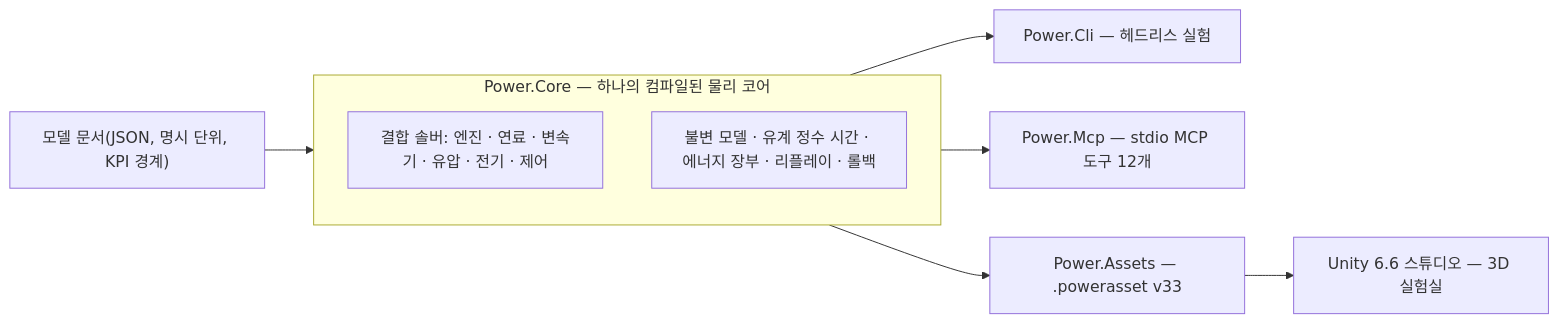
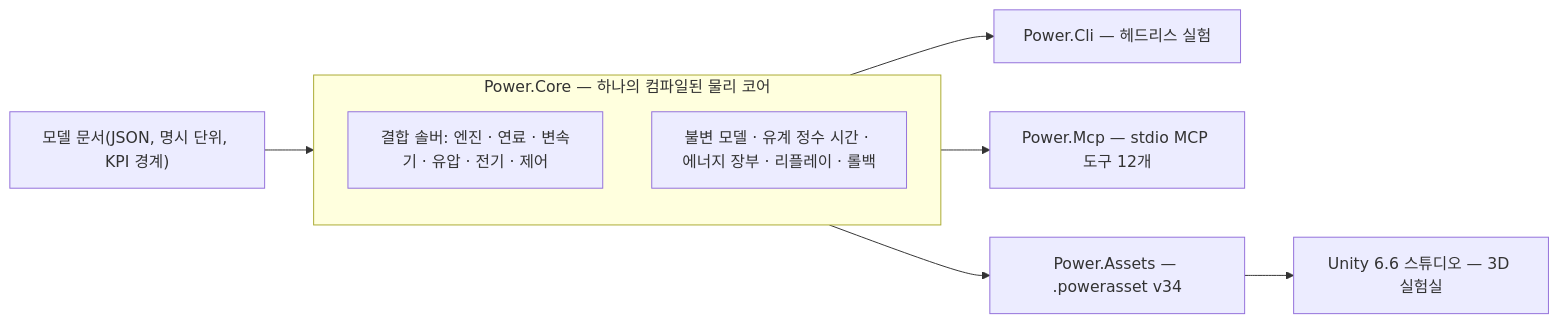
One commit to Water-Run/Power changed the diagram in README.ko.md. Above: the diagram before and after it, drawn with Mermaid. The commit also changed other lines of this file and 231 other files, not shown here.

````diff
--- a/README.ko.md
+++ b/README.ko.md
@@ -13,18 +13,18 @@
 ```mermaid
 flowchart LR
     model["모델 문서(JSON, 명시 단위, KPI 경계)"]
     subgraph core["Power.Core — 하나의 컴파일된 물리 코어"]
         solvers["결합 솔버: 엔진 · 연료 · 변속기 · 유압 · 전기 · 제어"]
         invariants["불변 모델 · 유계 정수 시간 · 에너지 장부 · 리플레이 · 롤백"]
     end
     cli["Power.Cli — 헤드리스 실험"]
     mcp["Power.Mcp — stdio MCP 도구 12개"]
-    assets["Power.Assets — .powerasset v33"]
+    assets["Power.Assets — .powerasset v34"]
     unity["Unity 6.6 스튜디오 — 3D 실험실"]
 
     model --> core
     core --> cli
     core --> mcp
     core --> assets
     assets --> unity
 ```
````
